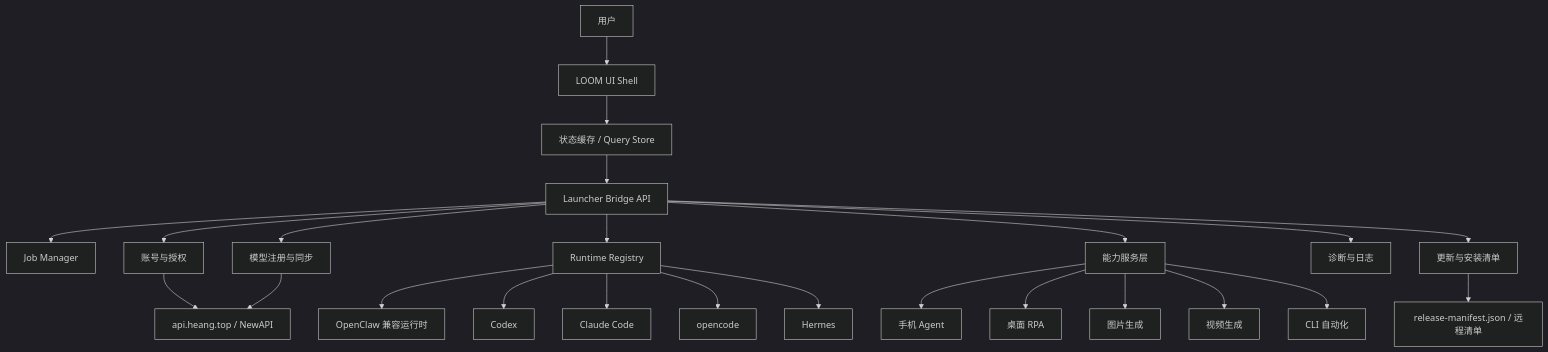
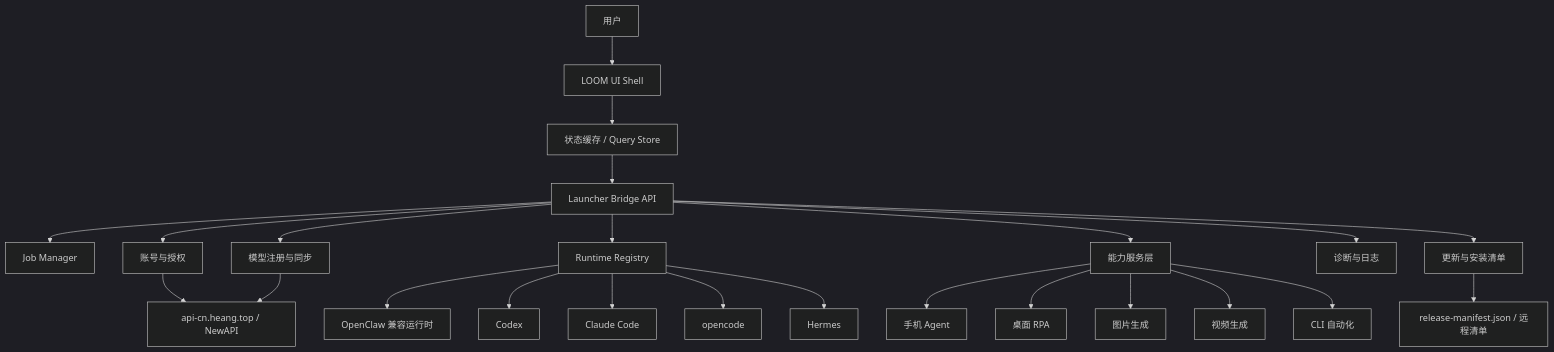
One commit to rfdiosuao/lumi changed the first of 6 diagrams in docs/LOOM_CORE_ARCHITECTURE.md. Above: the diagram before and after it, drawn with Mermaid (dark theme). The commit also changed other lines of this file and 29 other files, not shown here.

````diff
--- a/docs/LOOM_CORE_ARCHITECTURE.md
+++ b/docs/LOOM_CORE_ARCHITECTURE.md
@@ -59,30 +59,30 @@
 ```mermaid
 flowchart TB
   User["用户"] --> Shell["LOOM UI Shell"]
   Shell --> Store["状态缓存 / Query Store"]
   Store --> Bridge["Launcher Bridge API"]
 
   Bridge --> Jobs["Job Manager"]
   Bridge --> Account["账号与授权"]
   Bridge --> Models["模型注册与同步"]
   Bridge --> Runtime["Runtime Registry"]
   Bridge --> Capability["能力服务层"]
   Bridge --> Diagnostics["诊断与日志"]
   Bridge --> Release["更新与安装清单"]
 
   Runtime --> OpenClaw["OpenClaw 兼容运行时"]
   Runtime --> Codex["Codex"]
   Runtime --> Claude["Claude Code"]
   Runtime --> Opencode["opencode"]
   Runtime --> Hermes["Hermes"]
 
   Capability --> Phone["手机 Agent"]
   Capability --> Desktop["桌面 RPA"]
   Capability --> Image["图片生成"]
   Capability --> Video["视频生成"]
   Capability --> CLI["CLI 自动化"]
 
-  Account --> NewAPI["api.heang.top / NewAPI"]
+  Account --> NewAPI["api-cn.heang.top / NewAPI"]
   Models --> NewAPI
   Release --> Manifest["release-manifest.json / 远程清单"]
 ```
````
